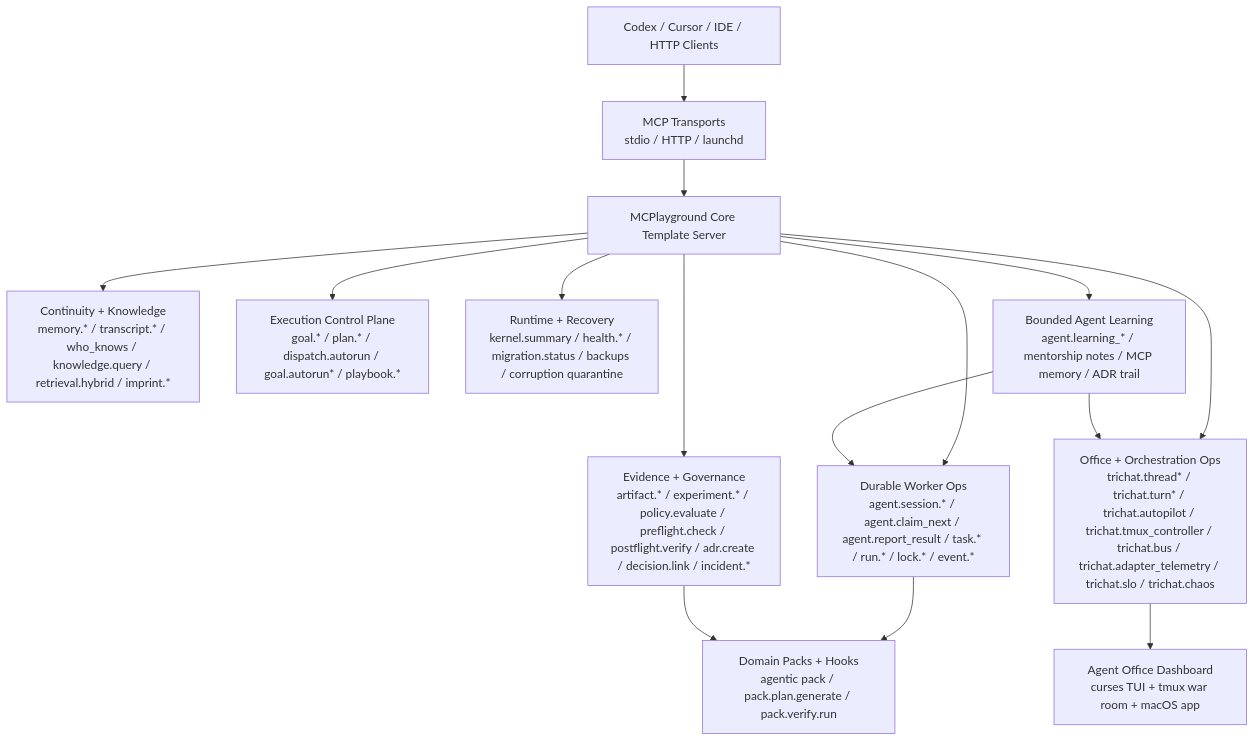
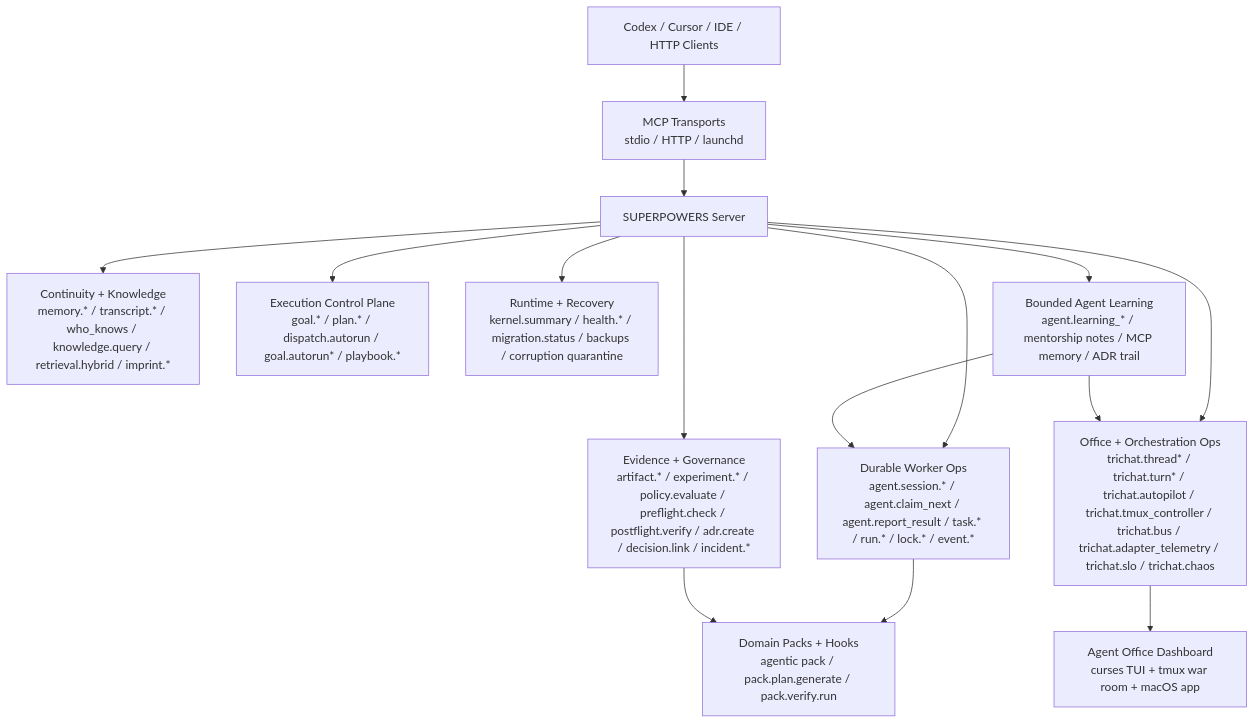
Before and after one commit to driverd12/MCPlayground---Core-Template: the second of 7 diagrams in README.md, drawn with Mermaid. The commit also changed other lines of this file and 105 other files, not shown here.

````diff
--- a/README.md
+++ b/README.md
@@ -75,19 +75,19 @@
 ```mermaid
 flowchart TD
   Clients["Codex / Cursor / IDE / HTTP Clients"] --> Transport["MCP Transports<br/>stdio / HTTP / launchd"]
-  Transport --> Kernel["MCPlayground Core Template Server"]
+  Transport --> Kernel["SUPERPOWERS Server"]
 
   Kernel --> Memory["Continuity + Knowledge<br/>memory.* / transcript.* / who_knows / knowledge.query / retrieval.hybrid / imprint.*"]
   Kernel --> Control["Execution Control Plane<br/>goal.* / plan.* / dispatch.autorun / goal.autorun* / playbook.*"]
   Kernel --> Worker["Durable Worker Ops<br/>agent.session.* / agent.claim_next / agent.report_result / task.* / run.* / lock.* / event.*"]
   Kernel --> Evidence["Evidence + Governance<br/>artifact.* / experiment.* / policy.evaluate / preflight.check / postflight.verify / adr.create / decision.link / incident.*"]
   Kernel --> Office["Office + Orchestration Ops<br/>trichat.thread* / trichat.turn* / trichat.autopilot / trichat.tmux_controller / trichat.bus / trichat.adapter_telemetry / trichat.slo / trichat.chaos"]
   Kernel --> Health["Runtime + Recovery<br/>kernel.summary / health.* / migration.status / backups / corruption quarantine"]
   Kernel --> Learning["Bounded Agent Learning<br/>agent.learning_* / mentorship notes / MCP memory / ADR trail"]
 
   Office --> Dashboard["Agent Office Dashboard<br/>curses TUI + tmux war room + macOS app"]
   Worker --> Packs["Domain Packs + Hooks<br/>agentic pack / pack.plan.generate / pack.verify.run"]
   Evidence --> Packs
   Learning --> Office
   Learning --> Worker
 ```
````
